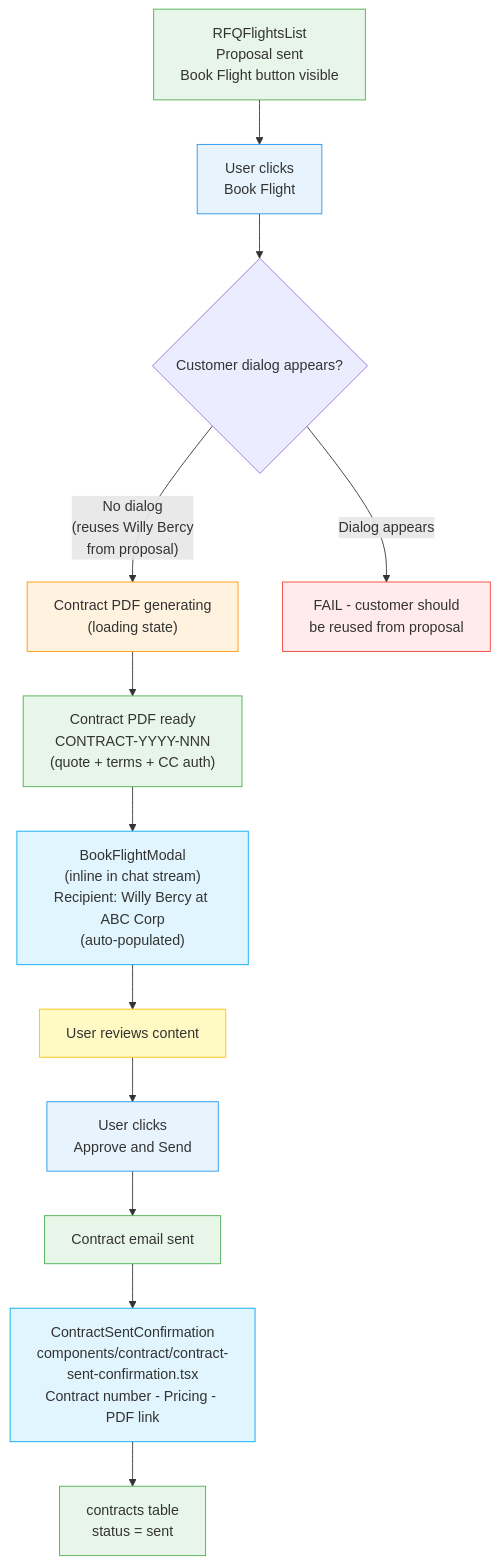
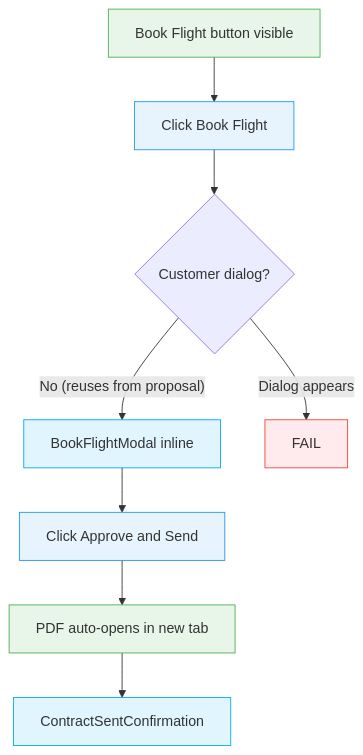
Before and after one commit to kingler/v0-jetvision-assistant: the seventh of 9 diagrams in .claude/commands/e2e-test.md, drawn with Mermaid. The commit also changed other lines of this file and 16 other files, not shown here.

````diff
--- a/.claude/commands/e2e-test.md
+++ b/.claude/commands/e2e-test.md
@@ -1004,27 +696,18 @@
 ```mermaid
 flowchart TD
-    A["RFQFlightsList\nProposal sent\nBook Flight button visible"] --> B["User clicks\nBook Flight"]
-    B --> C{"Customer dialog appears?"}
-    C -->|"No dialog\n(reuses Willy Bercy\nfrom proposal)"| D["Contract PDF generating\n(loading state)"]
-    C -->|"Dialog appears"| FAIL1["FAIL - customer should\nbe reused from proposal"]
-
-    D --> E["Contract PDF ready\nCONTRACT-YYYY-NNN\n(quote + terms + CC auth)"]
-    E --> F["BookFlightModal\n(inline in chat stream)\nRecipient: Willy Bercy at ABC Corp\n(auto-populated)"]
-    F --> G["User reviews content"]
-    G --> H["User clicks\nApprove and Send"]
-    H --> I["Contract email sent"]
-    I --> J["ContractSentConfirmation\ncomponents/contract/contract-sent-confirmation.tsx\nContract number - Pricing - PDF link"]
-    J --> K["contracts table\nstatus = sent"]
+    A["Book Flight button visible"] --> B["Click Book Flight"]
+    B --> C{"Customer dialog?"}
+    C -->|"No (reuses from proposal)"| D["BookFlightModal inline"]
+    C -->|"Dialog appears"| FAIL["FAIL"]
+    D --> E["Click Approve and Send"]
+    E --> F["PDF auto-opens in new tab"]
+    F --> G["ContractSentConfirmation"]
 
     style A fill:#e8f5e9,stroke:#4CAF50
     style B fill:#e8f4fd,stroke:#2196F3
-    style D fill:#fff3e0,stroke:#FF9800
-    style E fill:#e8f5e9,stroke:#4CAF50
-    style F fill:#e1f5fe,stroke:#03A9F4
-    style G fill:#fff9c4,stroke:#FFC107
-    style H fill:#e8f4fd,stroke:#2196F3
-    style I fill:#e8f5e9,stroke:#4CAF50
-    style J fill:#e1f5fe,stroke:#03A9F4
-    style K fill:#e8f5e9,stroke:#4CAF50
-    style FAIL1 fill:#ffebee,stroke:#f44336
+    style D fill:#e1f5fe,stroke:#03A9F4
+    style E fill:#e8f4fd,stroke:#2196F3
+    style F fill:#e8f5e9,stroke:#4CAF50
+    style G fill:#e1f5fe,stroke:#03A9F4
+    style FAIL fill:#ffebee,stroke:#f44336
 ```
````
